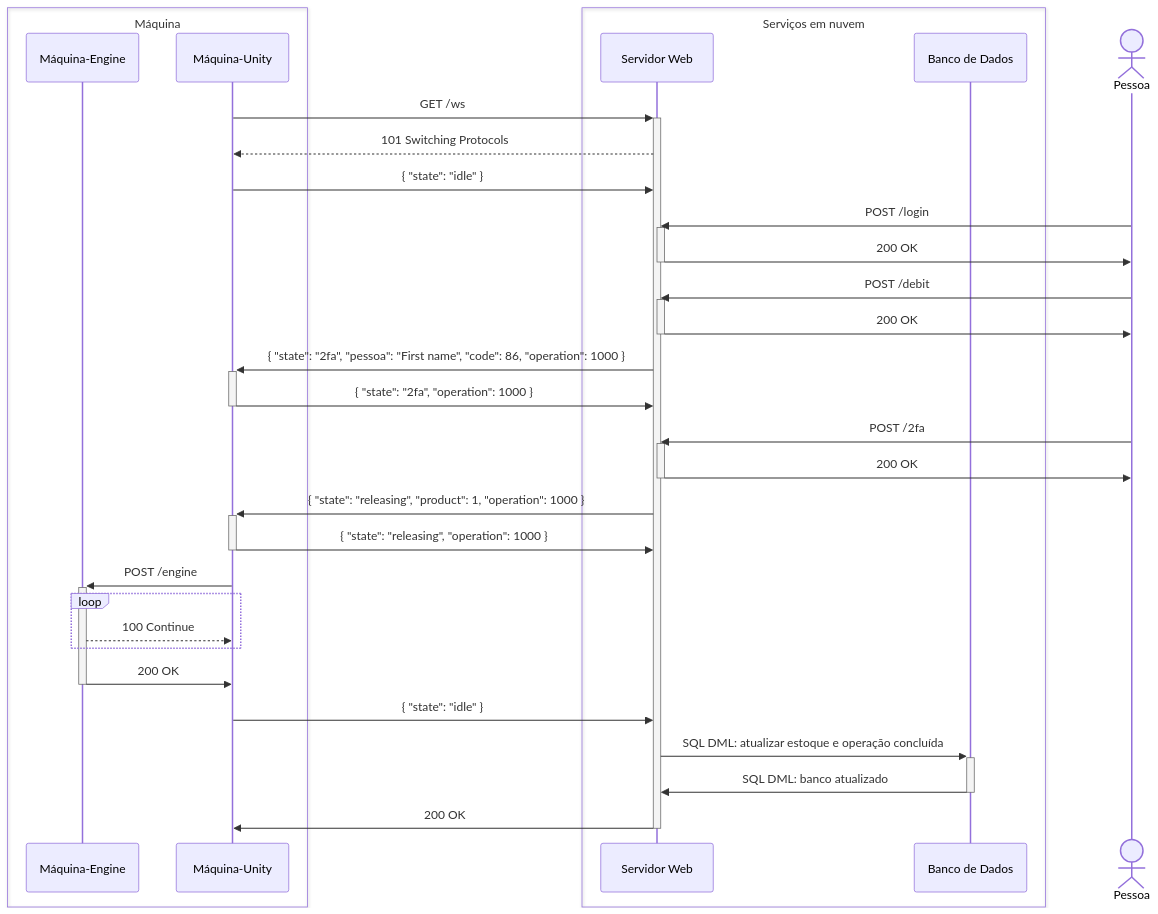
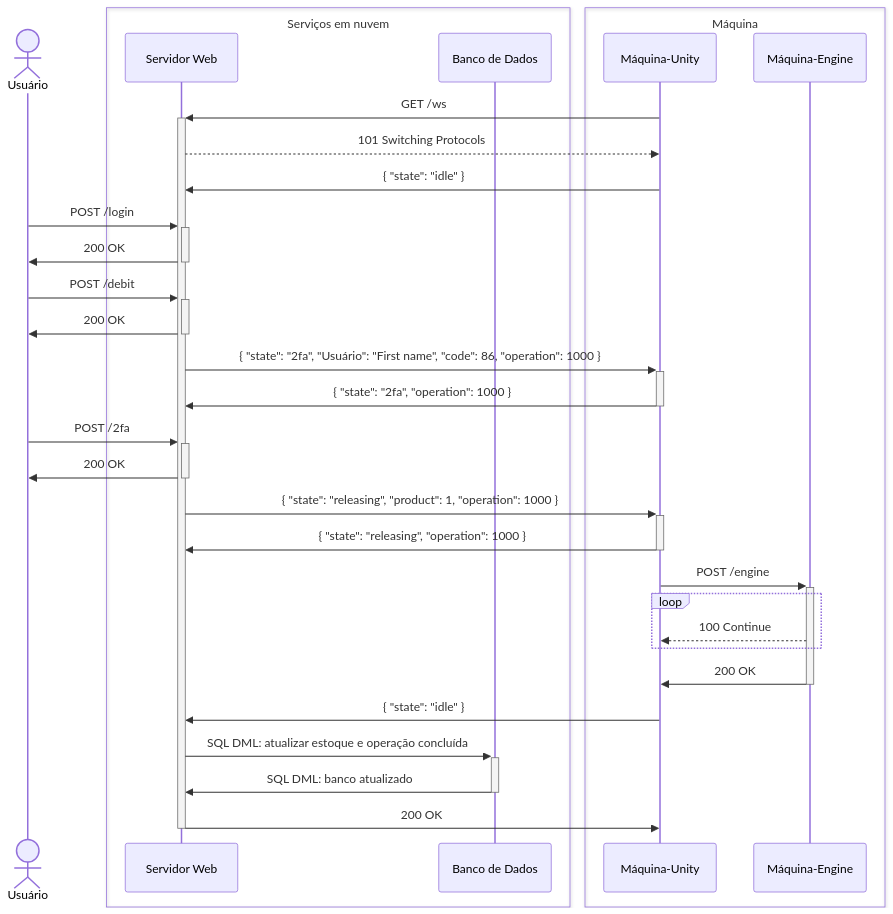
Before and after one commit to feira-de-jogos/feira-de-jogos: the eighth of 8 diagrams in v2/README.md, drawn with Mermaid. The commit also changed other lines of this file, not shown here.

````diff
--- a/v2/README.md
+++ b/v2/README.md
@@ -190,44 +214,44 @@
 ```mermaid
 sequenceDiagram
-  box Máquina
-    participant Máquina-Engine
-    participant Máquina-Unity
-  end
+  actor Usuário
   box Serviços em nuvem
     participant Servidor Web
     participant Banco de Dados
   end
-  actor Pessoa
+  box Máquina
+    participant Máquina-Unity
+    participant Máquina-Engine
+  end
 
   Máquina-Unity ->>+ Servidor Web: GET /ws
   Servidor Web -->> Máquina-Unity: 101 Switching Protocols
   Máquina-Unity ->> Servidor Web: { "state": "idle" }
 
-  Pessoa ->>+ Servidor Web: POST /login
-  Servidor Web ->>- Pessoa: 200 OK
+  Usuário ->>+ Servidor Web: POST /login
+  Servidor Web ->>- Usuário: 200 OK
   
-  Pessoa ->>+ Servidor Web: POST /debit
-  Servidor Web ->>- Pessoa: 200 OK
+  Usuário ->>+ Servidor Web: POST /debit
+  Servidor Web ->>- Usuário: 200 OK
 
-  Servidor Web  ->>+ Máquina-Unity: { "state": "2fa", "pessoa": "First name", "code": 86, "operation": 1000 }
+  Servidor Web  ->>+ Máquina-Unity: { "state": "2fa", "Usuário": "First name", "code": 86, "operation": 1000 }
   Máquina-Unity ->>- Servidor Web: { "state": "2fa", "operation": 1000 }
 
-  Pessoa ->>+ Servidor Web: POST /2fa
-  Servidor Web ->>- Pessoa: 200 OK
+  Usuário ->>+ Servidor Web: POST /2fa
+  Servidor Web ->>- Usuário: 200 OK
 
   Servidor Web ->>+ Máquina-Unity : { "state": "releasing", "product": 1, "operation": 1000 }
   Máquina-Unity ->>- Servidor Web: { "state": "releasing", "operation": 1000 }
 
   Máquina-Unity ->>+ Máquina-Engine: POST /engine
   loop
     Máquina-Engine -->> Máquina-Unity: 100 Continue
   end
   Máquina-Engine ->>- Máquina-Unity: 200 OK
 
   Máquina-Unity ->> Servidor Web: { "state": "idle" }
 
   Servidor Web ->>+ Banco de Dados: SQL DML: atualizar estoque e operação concluída
   Banco de Dados ->>- Servidor Web: SQL DML: banco atualizado
 
   Servidor Web ->>- Máquina-Unity: 200 OK
 ```
````
